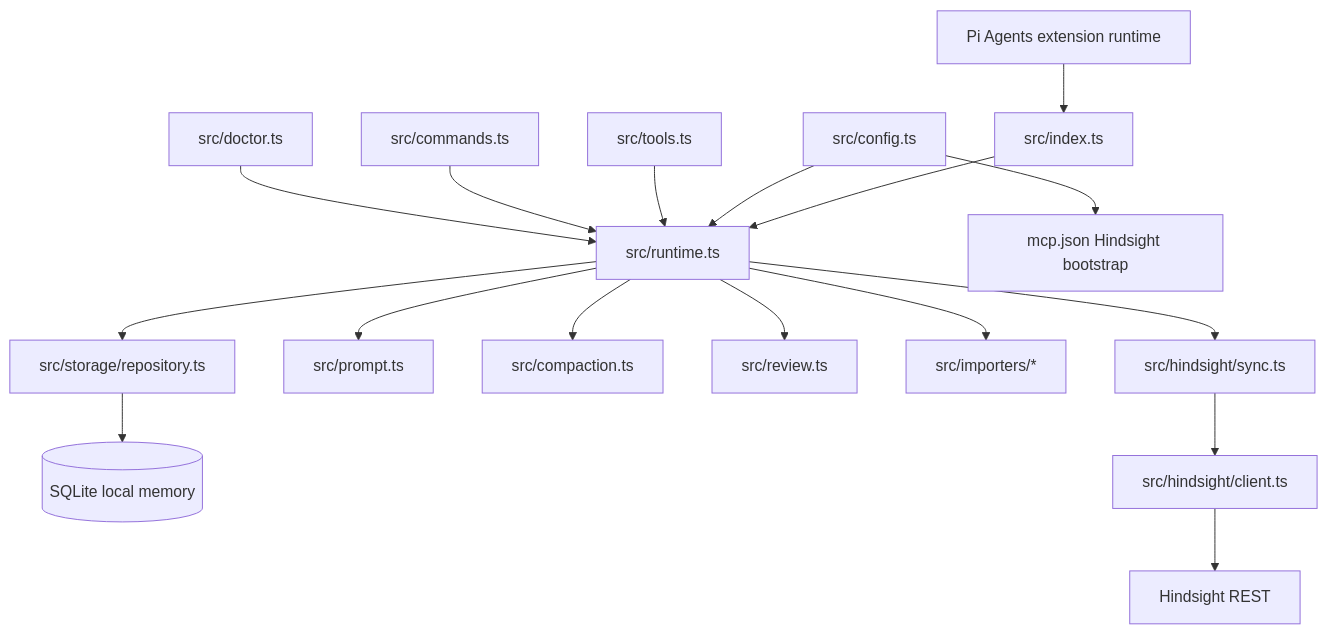
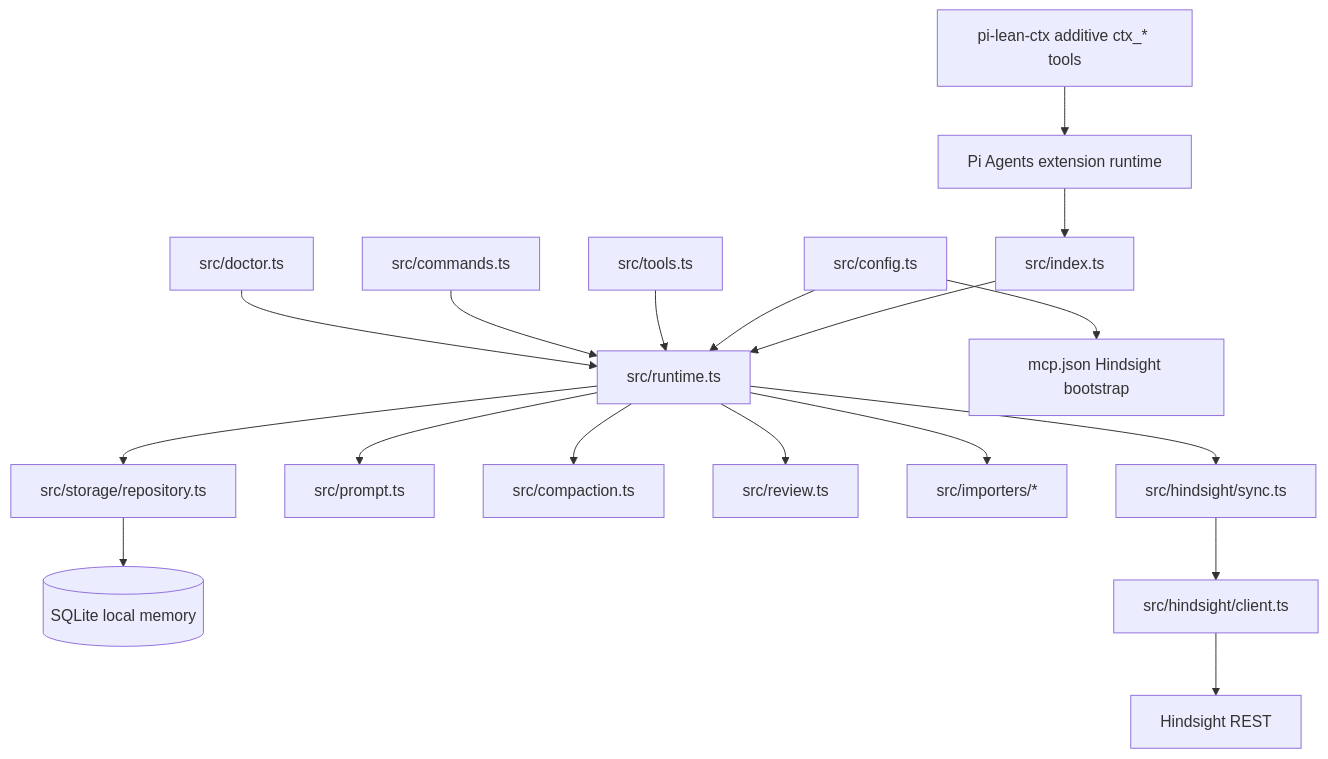
The diagram in docs/relay/RELAY.md (vvbzv/pi-vibe-memory), drawn with Mermaid before and after one commit. The commit also changed other lines of this file and 6 other files, not shown here.

Commit message:
Document lean-ctx memory setup

````diff
--- a/docs/relay/RELAY.md
+++ b/docs/relay/RELAY.md
@@ -82,19 +78,20 @@
 ```mermaid
 flowchart TD
   Pi[Pi Agents extension runtime] --> Index[src/index.ts]
   Index --> Runtime[src/runtime.ts]
   Runtime --> Repo[src/storage/repository.ts]
   Repo --> DB[(SQLite local memory)]
   Runtime --> Prompt[src/prompt.ts]
   Runtime --> Compaction[src/compaction.ts]
   Runtime --> Review[src/review.ts]
   Runtime --> Importers[src/importers/*]
   Runtime --> Sync[src/hindsight/sync.ts]
   Sync --> HClient[src/hindsight/client.ts]
   HClient --> Hindsight[Hindsight REST]
   Config[src/config.ts] --> Runtime
   Config --> MCP[mcp.json Hindsight bootstrap]
   Tools[src/tools.ts] --> Runtime
   Commands[src/commands.ts] --> Runtime
   Doctor[src/doctor.ts] --> Runtime
+  LeanCtx[pi-lean-ctx additive ctx_* tools] --> Pi
 ```
````
